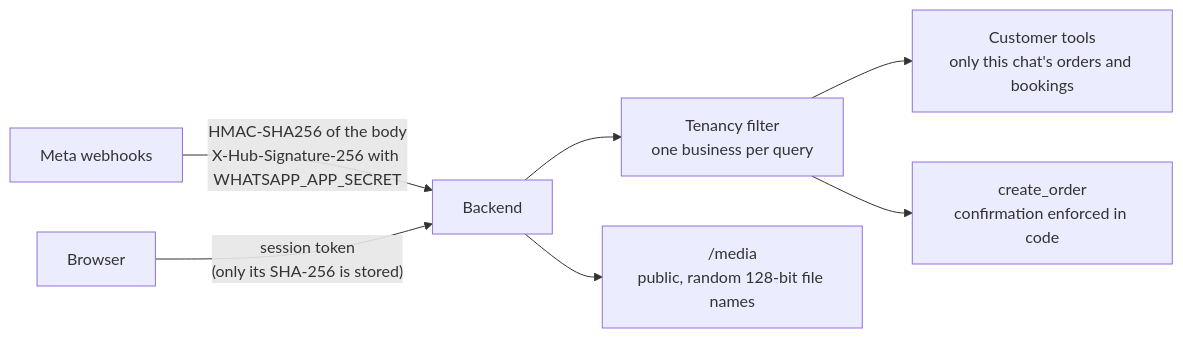
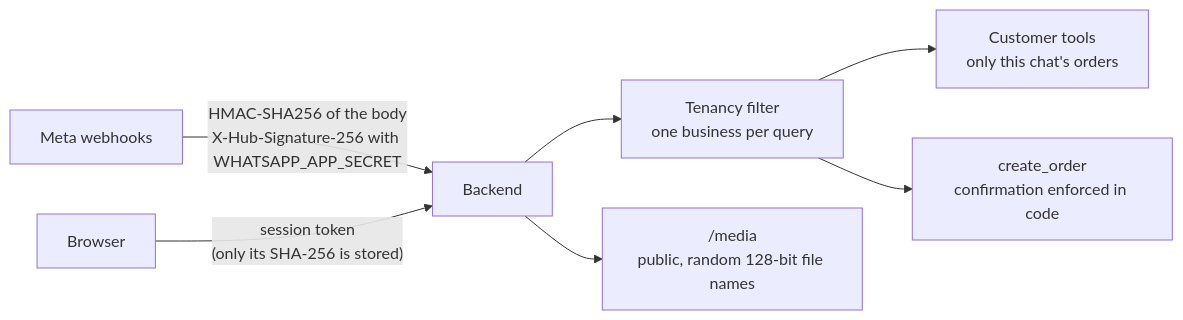
One commit to NiloyBhattacharjee/MITUai changed the fourth of 25 diagrams in README.md. Above: the diagram before and after it, drawn with Mermaid. The commit also changed other lines of this file and 26 other files, not shown here.

````diff
--- a/README.md
+++ b/README.md
@@ -324,9 +317,9 @@
 ```mermaid
 flowchart LR
     META["Meta webhooks"] -- "HMAC-SHA256 of the body<br/>X-Hub-Signature-256 with WHATSAPP_APP_SECRET" --> B
     BROWSER["Browser"] -- "session token<br/>(only its SHA-256 is stored)" --> B
     B["Backend"] --> T["Tenancy filter<br/>one business per query"]
-    T --> OWN["Customer tools<br/>only this chat's orders and bookings"]
+    T --> OWN["Customer tools<br/>only this chat's orders"]
     T --> RULES["create_order<br/>confirmation enforced in code"]
     B --> MED["/media<br/>public, random 128-bit file names"]
 ```
````
